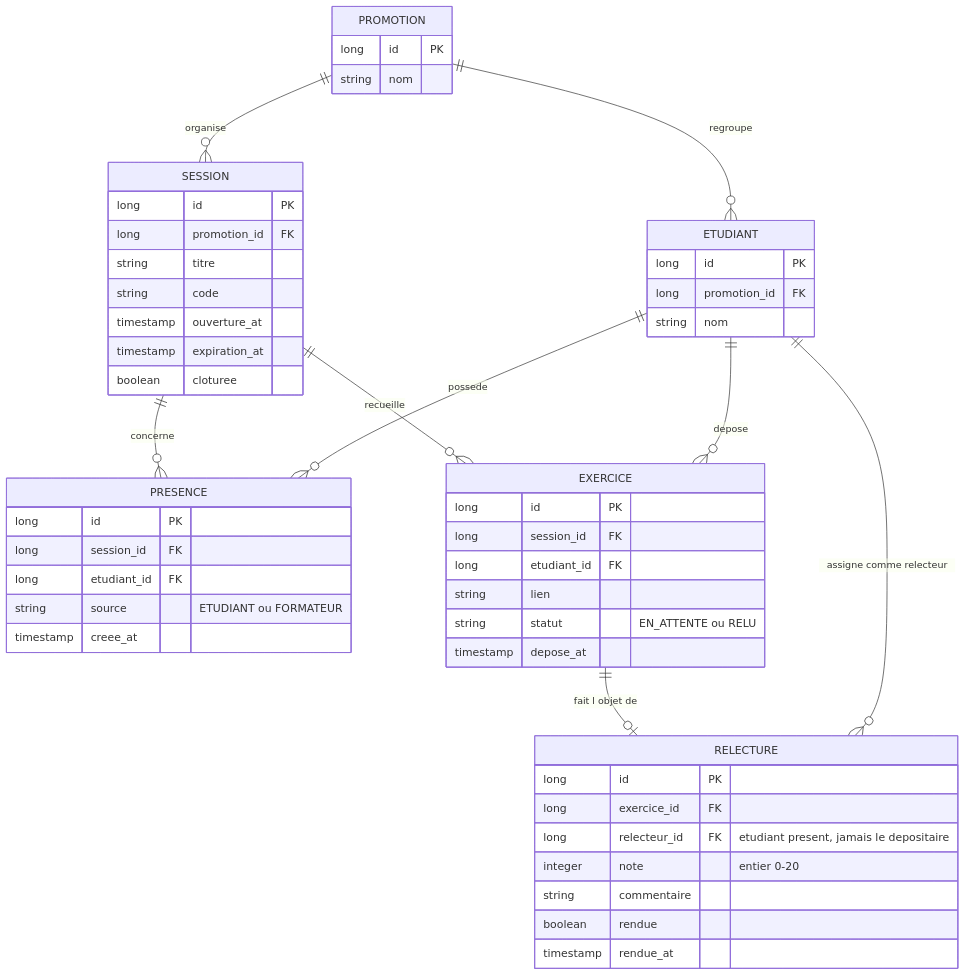
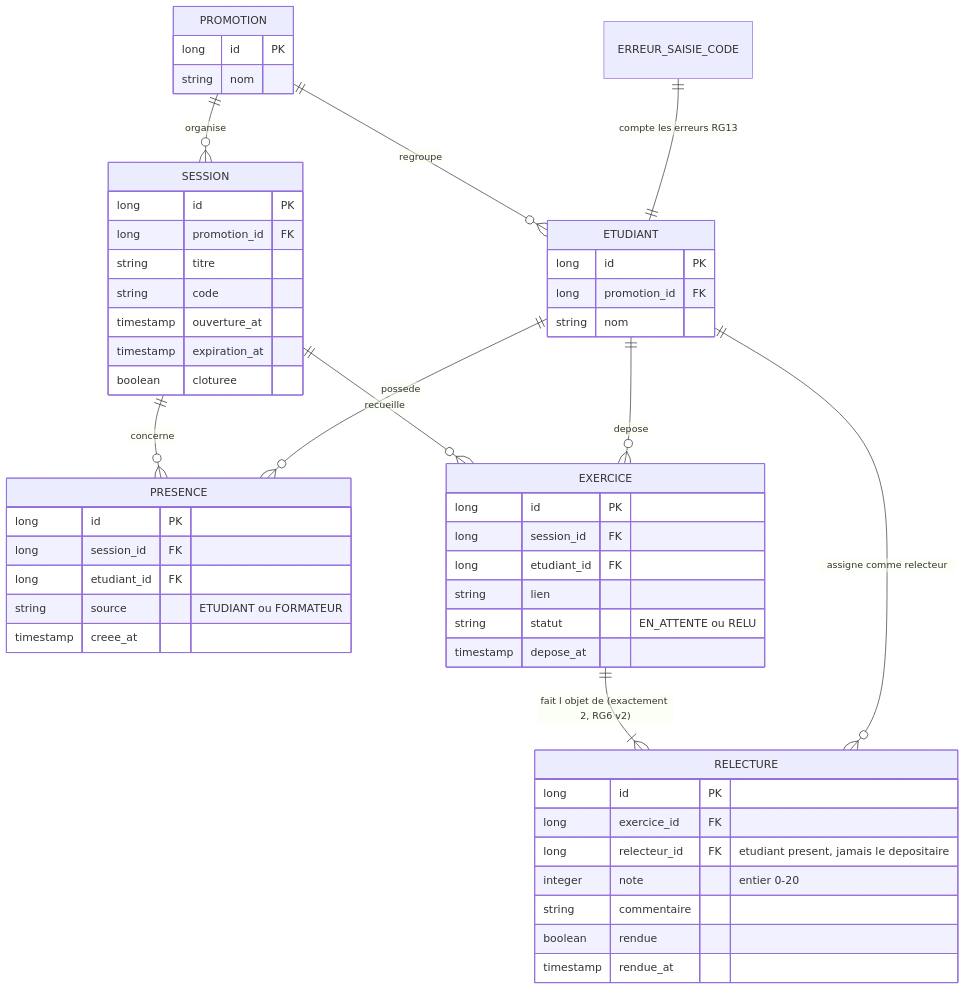
The diagram in docs/diagrammes/D2-modele-donnees.md (jeanmarie516/kfokam48-epreuve-194), drawn with Mermaid before and after one commit. The commit also changed other lines of this file and 2 other files, not shown here.

````diff
--- a/docs/diagrammes/D2-modele-donnees.md
+++ b/docs/diagrammes/D2-modele-donnees.md
@@ -5,54 +5,55 @@
 ```mermaid
 erDiagram
     PROMOTION ||--o{ ETUDIANT : "regroupe"
     PROMOTION ||--o{ SESSION : "organise"
     SESSION ||--o{ PRESENCE : "concerne"
     ETUDIANT ||--o{ PRESENCE : "possede"
     SESSION ||--o{ EXERCICE : "recueille"
     ETUDIANT ||--o{ EXERCICE : "depose"
-    EXERCICE ||--o| RELECTURE : "fait l objet de"
+    EXERCICE ||--|{ RELECTURE : "fait l objet de (exactement 2, RG6 v2)"
     ETUDIANT ||--o{ RELECTURE : "assigne comme relecteur"
+    ERREUR_SAISIE_CODE ||--|| ETUDIANT : "compte les erreurs RG13"
 
     PROMOTION {
         long id PK
         string nom
     }
     ETUDIANT {
         long id PK
         long promotion_id FK
         string nom
     }
     SESSION {
         long id PK
         long promotion_id FK
         string titre
         string code
         timestamp ouverture_at
         timestamp expiration_at
         boolean cloturee
     }
     PRESENCE {
         long id PK
         long session_id FK
         long etudiant_id FK
         string source "ETUDIANT ou FORMATEUR"
         timestamp creee_at
     }
     EXERCICE {
         long id PK
         long session_id FK
         long etudiant_id FK
         string lien
         string statut "EN_ATTENTE ou RELU"
         timestamp depose_at
     }
     RELECTURE {
         long id PK
         long exercice_id FK
         long relecteur_id FK "etudiant present, jamais le depositaire"
         integer note "entier 0-20"
         string commentaire
         boolean rendue
         timestamp rendue_at
     }
 ```
````
